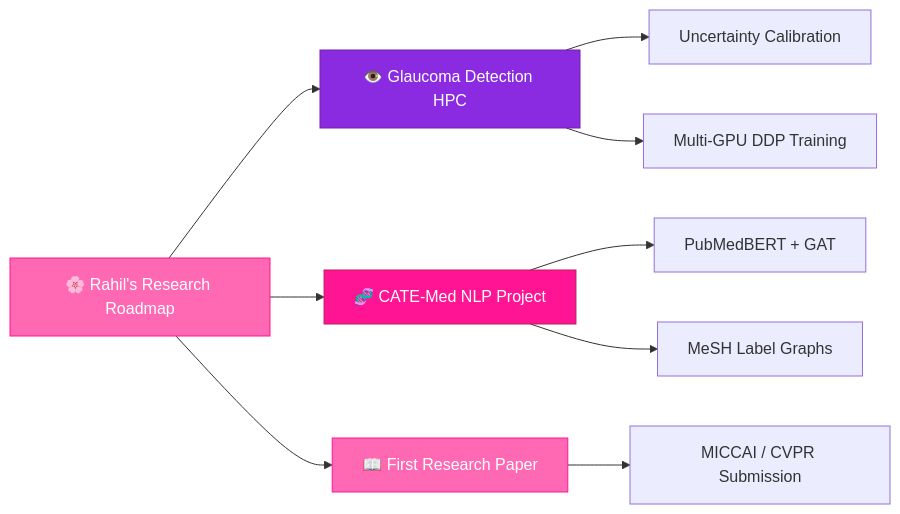
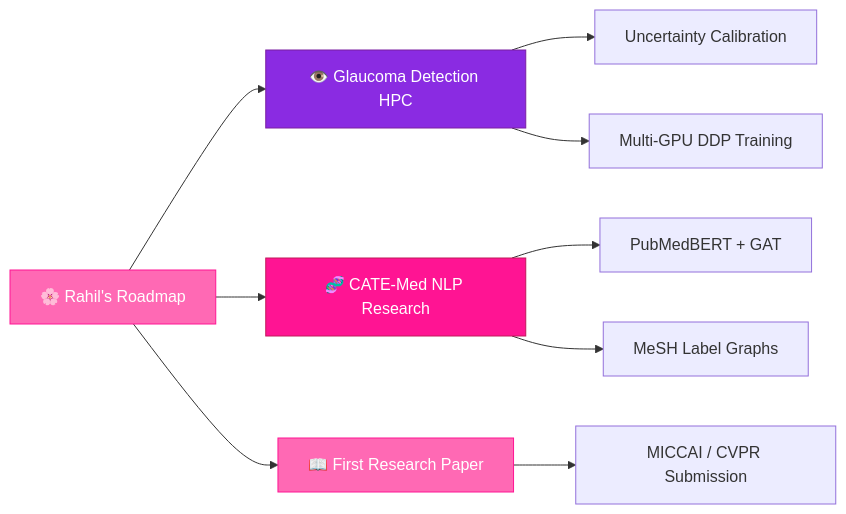
Before and after one commit to RahilGhanem/rahilghanem: the diagram in README.md, drawn with Mermaid. The commit also changed other lines of this file, not shown here.

````diff
--- a/README.md
+++ b/README.md
@@ -269,15 +232,15 @@
 ```mermaid
 graph LR
-    A[🌸 Rahil's Research Roadmap] --> B[👁️ Glaucoma Detection HPC]
-    A --> C[🧬 CATE-Med NLP Project]
+    A[🌸 Rahil's Roadmap] --> B[👁️ Glaucoma Detection HPC]
+    A --> C[🧬 CATE-Med NLP Research]
     A --> D[📖 First Research Paper]
     B --> E[Uncertainty Calibration]
     B --> F[Multi-GPU DDP Training]
     C --> G[PubMedBERT + GAT]
     C --> H[MeSH Label Graphs]
     D --> I[MICCAI / CVPR Submission]
     style A fill:#FF69B4,stroke:#FF1493,color:#fff
     style B fill:#8A2BE2,stroke:#7B1FA2,color:#fff
     style C fill:#FF1493,stroke:#C2185B,color:#fff
     style D fill:#FF69B4,stroke:#FF1493,color:#fff
 ```
````
